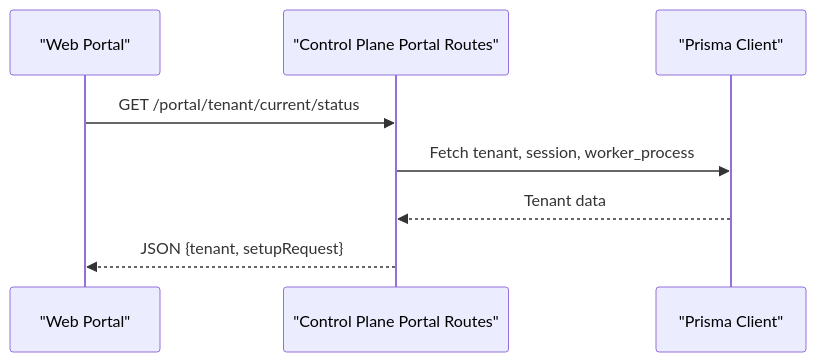
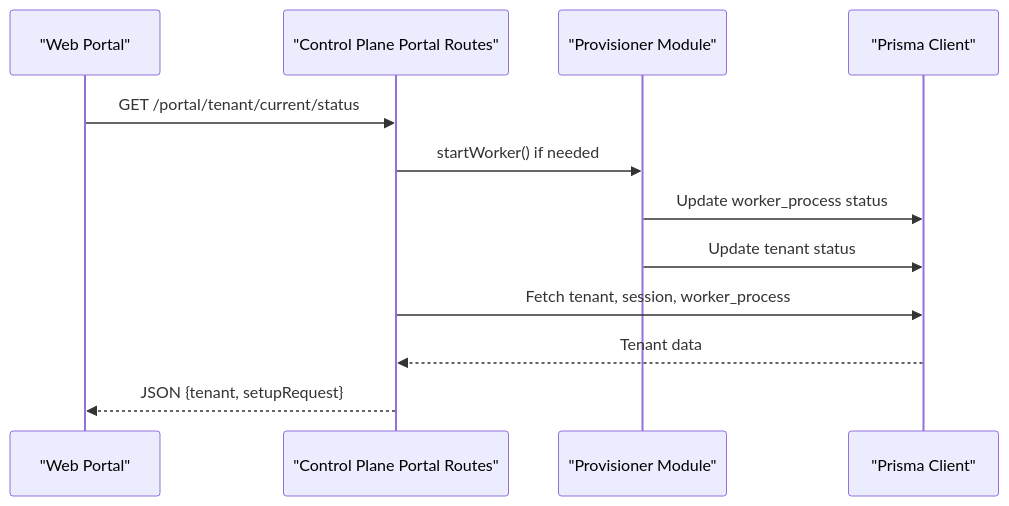
The third of 8 diagrams in .qoder/repowiki/en/content/Worker Orchestration/Worker Orchestration.md (askchiwa-spec/FLOW-HQ-BOT), drawn with Mermaid before and after one commit. The commit also changed other lines of this file and 27 other files, not shown here.

````diff
--- a/.qoder/repowiki/en/content/Worker Orchestration/Worker Orchestration.md
+++ b/.qoder/repowiki/en/content/Worker Orchestration/Worker Orchestration.md
@@ -162,10 +188,14 @@
 ```mermaid
 sequenceDiagram
 participant Portal as "Web Portal"
 participant CP_Portal as "Control Plane Portal Routes"
+participant Provisioner as "Provisioner Module"
 participant DB as "Prisma Client"
 Portal->>CP_Portal : GET /portal/tenant/current/status
+CP_Portal->>Provisioner : startWorker() if needed
+Provisioner->>DB : Update worker_process status
+Provisioner->>DB : Update tenant status
 CP_Portal->>DB : Fetch tenant, session, worker_process
 DB-->>CP_Portal : Tenant data
 CP_Portal-->>Portal : JSON {tenant, setupRequest}
 ```
````
